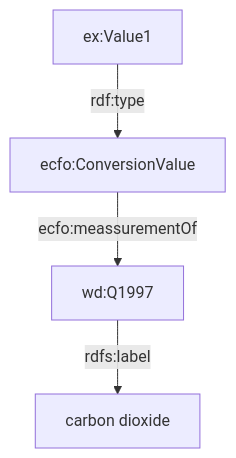
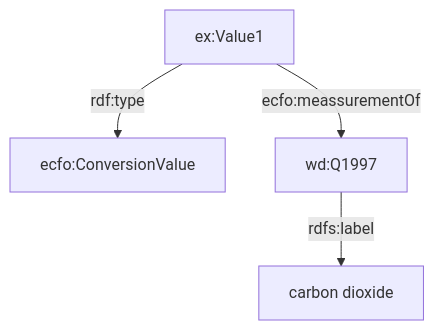
The ninth of 11 diagrams in development/doc.md (TEC-Toolkit/ECFO), drawn with Mermaid before and after one commit. The commit also changed other lines of this file, not shown here.

````diff
--- a/development/doc.md
+++ b/development/doc.md
@@ -136,10 +136,10 @@
 ```mermaid
 graph TD
 CE[ecfo:ConversionValue]
 EX1[ex:Value1]
 EX[wd:Q1997]
 
 EX1 -->|rdf:type| CE
-CE -->|ecfo:meassurementOf| EX
+EX1 -->|ecfo:meassurementOf| EX
 EX -->|rdfs:label| LABEL["carbon dioxide"]
 ```
````
